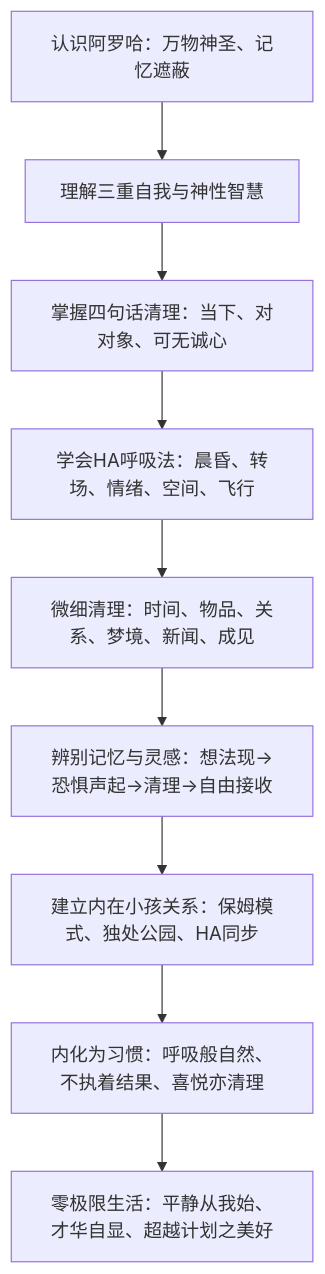
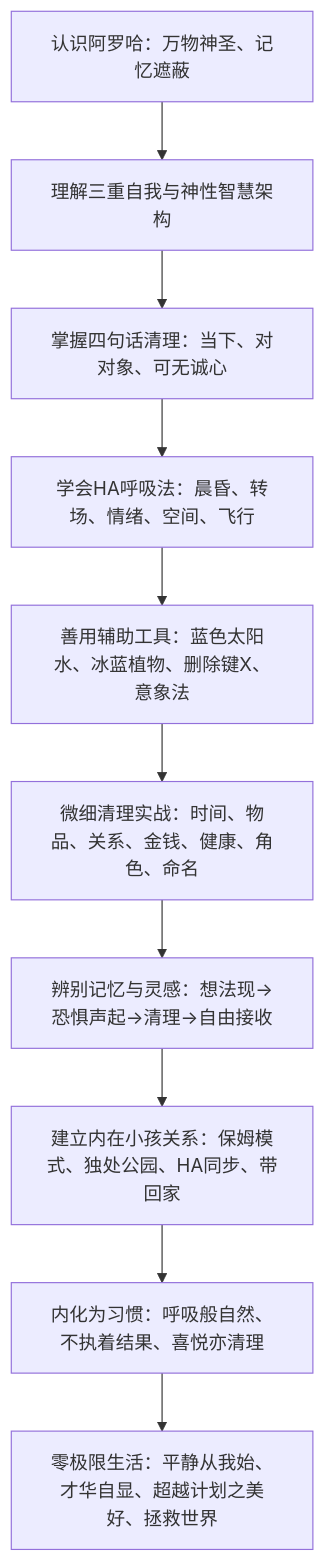
The diagram in pages/zero-limits-hooponopono-system.md (OpenDocCN1/mystery-llm-wiki), drawn with Mermaid before and after one commit. The commit also changed other lines of this file, not shown here.

````diff
--- a/pages/zero-limits-hooponopono-system.md
+++ b/pages/zero-limits-hooponopono-system.md
@@ -267,11 +364,12 @@
 ```mermaid
 graph TD
-    A[认识阿罗哈：万物神圣、记忆遮蔽] --> B[理解三重自我与神性智慧]
+    A[认识阿罗哈：万物神圣、记忆遮蔽] --> B[理解三重自我与神性智慧架构]
     B --> C[掌握四句话清理：当下、对对象、可无诚心]
     C --> D[学会HA呼吸法：晨昏、转场、情绪、空间、飞行]
-    D --> E[微细清理：时间、物品、关系、梦境、新闻、成见]
-    E --> F[辨别记忆与灵感：想法现→恐惧声起→清理→自由接收]
-    F --> G[建立内在小孩关系：保姆模式、独处公园、HA同步]
-    G --> H[内化为习惯：呼吸般自然、不执着结果、喜悦亦清理]
-    H --> I[零极限生活：平静从我始、才华自显、超越计划之美好]
+    D --> E[善用辅助工具：蓝色太阳水、冰蓝植物、删除键X、意象法]
+    E --> F[微细清理实战：时间、物品、关系、金钱、健康、角色、命名]
+    F --> G[辨别记忆与灵感：想法现→恐惧声起→清理→自由接收]
+    G --> H[建立内在小孩关系：保姆模式、独处公园、HA同步、带回家]
+    H --> I[内化为习惯：呼吸般自然、不执着结果、喜悦亦清理]
+    I --> J[零极限生活：平静从我始、才华自显、超越计划之美好、拯救世界]
 ```
````
